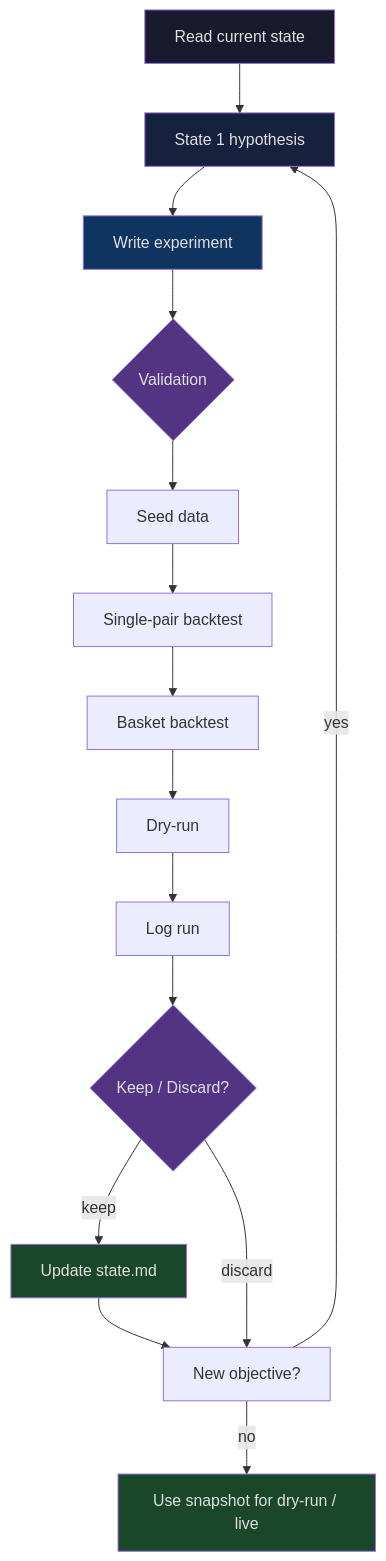
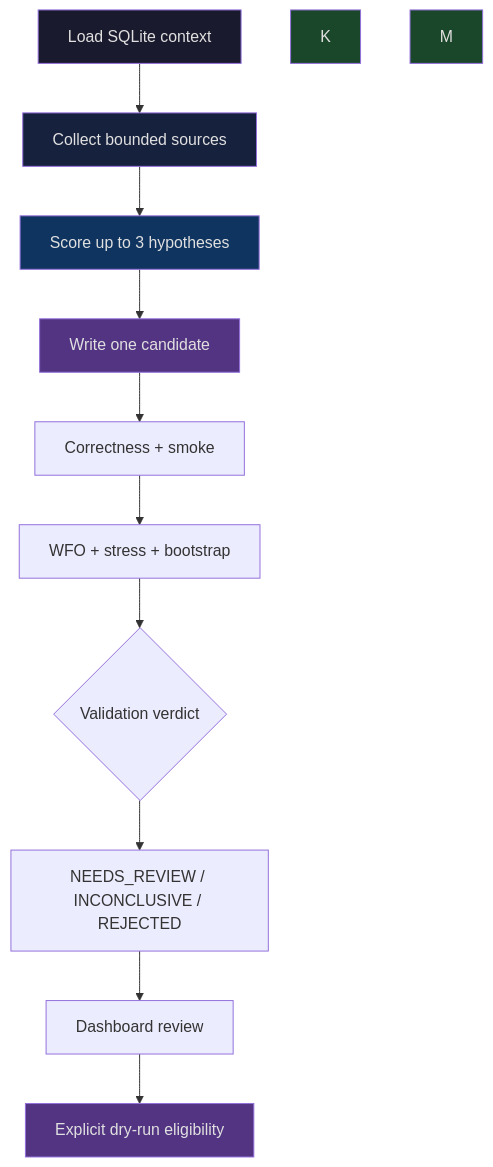
The first of 2 diagrams in README.md (ltdthanhdat/freqtrade-auto-trading-research), drawn with Mermaid before and after one commit. The commit also changed other lines of this file and 335 other files, not shown here.

````diff
--- a/README.md
+++ b/README.md
@@ -29,29 +29,20 @@
 ```mermaid
 flowchart TD
-    A[Read current state] --> B[State 1 hypothesis]
-    B --> C[Write experiment]
-    C --> D{Validation}
-
-    D --> E[Seed data]
-    E --> F[Single-pair backtest]
-    F --> G[Basket backtest]
-    G --> H[Dry-run]
-
-    H --> I[Log run]
-    I --> J{Keep / Discard?}
-
-    J -- keep --> K[Update state.md]
-    K --> L[New objective?]
-    L -- yes --> B
-    L -- no --> M[Use snapshot for dry-run / live]
-
-    J -- discard --> L
+    A[Load SQLite context] --> B[Collect bounded sources]
+    B --> C[Score up to 3 hypotheses]
+    C --> D[Write one candidate]
+    D --> E[Correctness + smoke]
+    E --> F[WFO + stress + bootstrap]
+    F --> G{Validation verdict}
+    G --> H[NEEDS_REVIEW / INCONCLUSIVE / REJECTED]
+    H --> I[Dashboard review]
+    I --> J[Explicit dry-run eligibility]
 
     style A fill:#1a1a2e,color:#e0e0e0
     style B fill:#16213e,color:#e0e0e0
     style C fill:#0f3460,color:#e0e0e0
     style D fill:#533483,color:#e0e0e0
     style J fill:#533483,color:#e0e0e0
     style K fill:#1a472a,color:#e0e0e0
     style M fill:#1a472a,color:#e0e0e0
 ```
````
